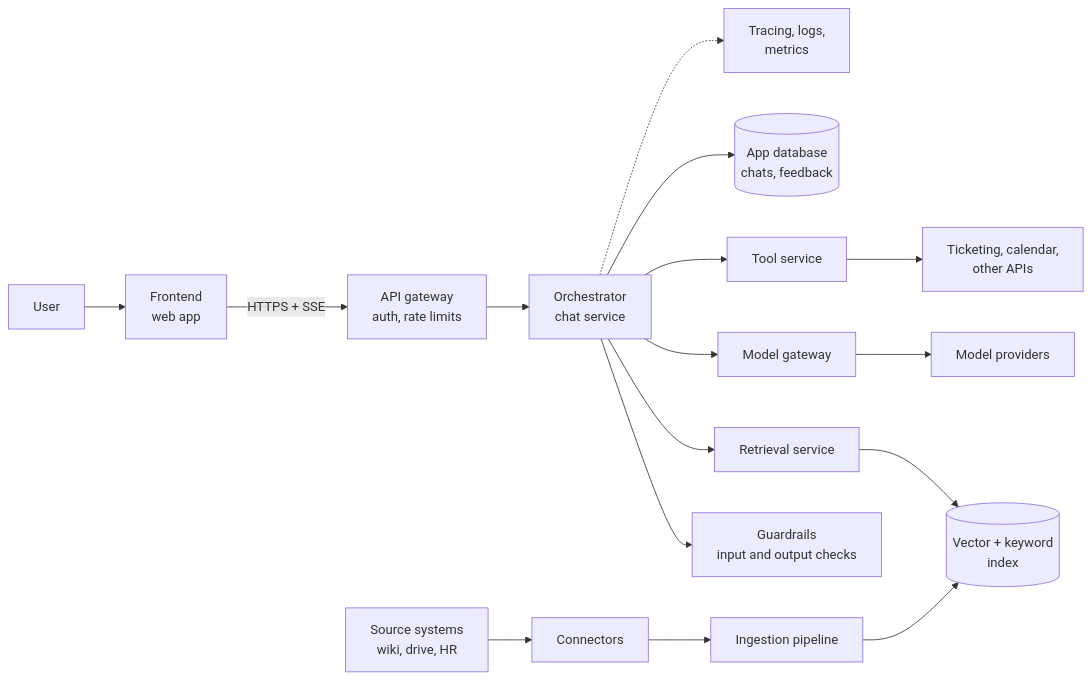
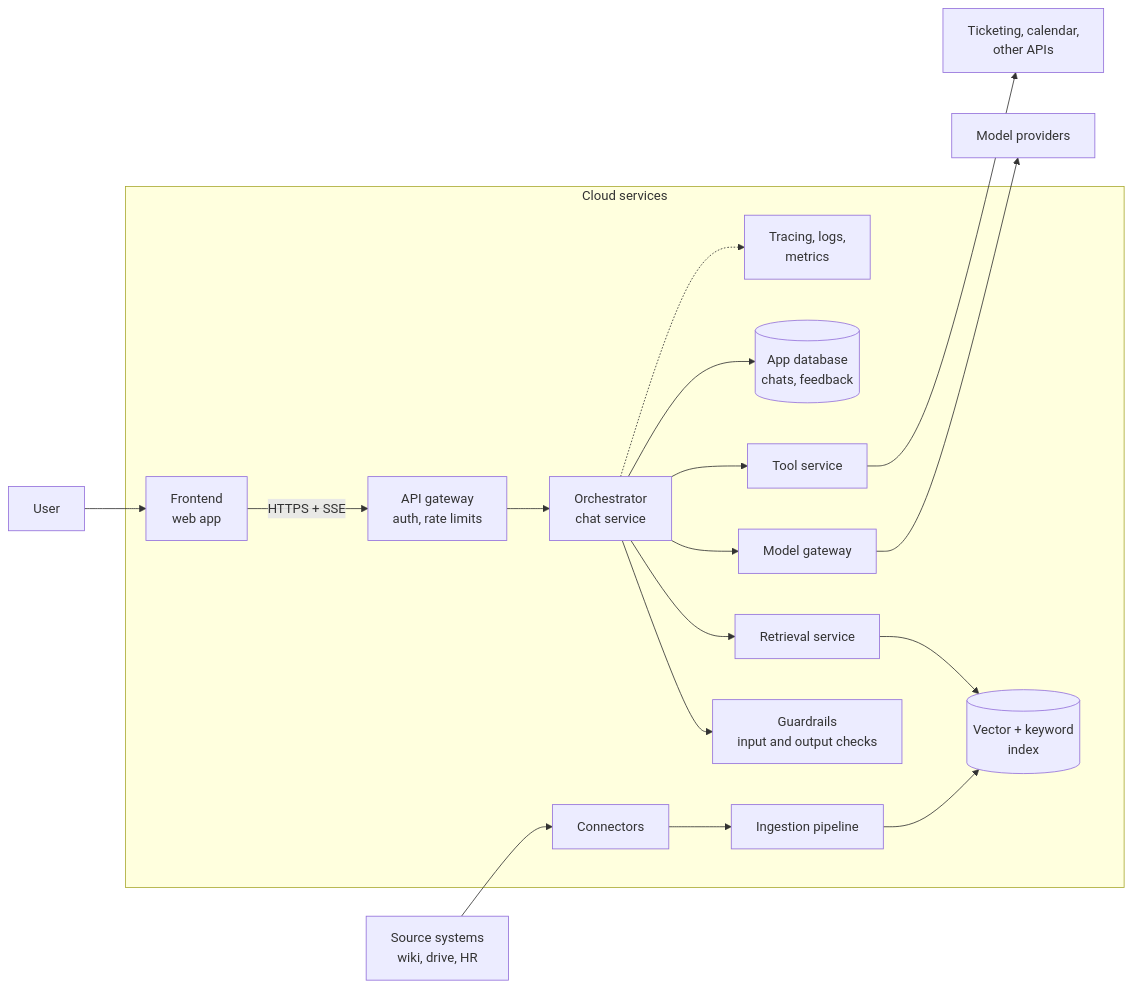
The diagram in content/docs/architecture/index.mdx (jsonggan/getgapless-docs), drawn with Mermaid before and after one commit. The commit also changed other lines of this file, not shown here.

Commit message:
docs: rework Overview and Architecture with real-world examples

````diff
--- a/content/docs/architecture/index.mdx
+++ b/content/docs/architecture/index.mdx
@@ -31,18 +27,38 @@
 ```mermaid
 flowchart LR
-  User[User] --> FE[Frontend<br/>web app]
-  FE -->|HTTPS + SSE| GW[API gateway<br/>auth, rate limits]
-  GW --> ORCH[Orchestrator<br/>chat service]
-  ORCH --> GUARD[Guardrails<br/>input and output checks]
-  ORCH --> RET[Retrieval service]
-  ORCH --> LLM[Model gateway]
-  ORCH --> TOOLS[Tool service]
-  RET --> VDB[(Vector + keyword<br/>index)]
-  LLM --> PROV[Model providers]
-  TOOLS --> EXT[Ticketing, calendar,<br/>other APIs]
-  ORCH --> DB[(App database<br/>chats, feedback)]
-  CONN[Connectors] --> ING[Ingestion pipeline]
-  SRC[Source systems<br/>wiki, drive, HR] --> CONN
+  User[User]
+  SRC[Source systems<br/>wiki, drive, HR]
+  PROV[Model providers]
+  EXT[Ticketing, calendar,<br/>other APIs]
+
+  subgraph CLOUD[Cloud services]
+    FE[Frontend<br/>web app]
+    GW[API gateway<br/>auth, rate limits]
+    ORCH[Orchestrator<br/>chat service]
+    GUARD[Guardrails<br/>input and output checks]
+    RET[Retrieval service]
+    LLM[Model gateway]
+    TOOLS[Tool service]
+    VDB[(Vector + keyword<br/>index)]
+    DB[(App database<br/>chats, feedback)]
+    CONN[Connectors]
+    ING[Ingestion pipeline]
+    OBS[Tracing, logs,<br/>metrics]
+  end
+
+  User --> FE
+  FE -->|HTTPS + SSE| GW
+  GW --> ORCH
+  ORCH --> GUARD
+  ORCH --> RET
+  ORCH --> LLM
+  ORCH --> TOOLS
+  RET --> VDB
+  LLM --> PROV
+  TOOLS --> EXT
+  ORCH --> DB
+  SRC --> CONN
+  CONN --> ING
   ING --> VDB
-  ORCH -.-> OBS[Tracing, logs,<br/>metrics]
+  ORCH -.-> OBS
 ```
````
